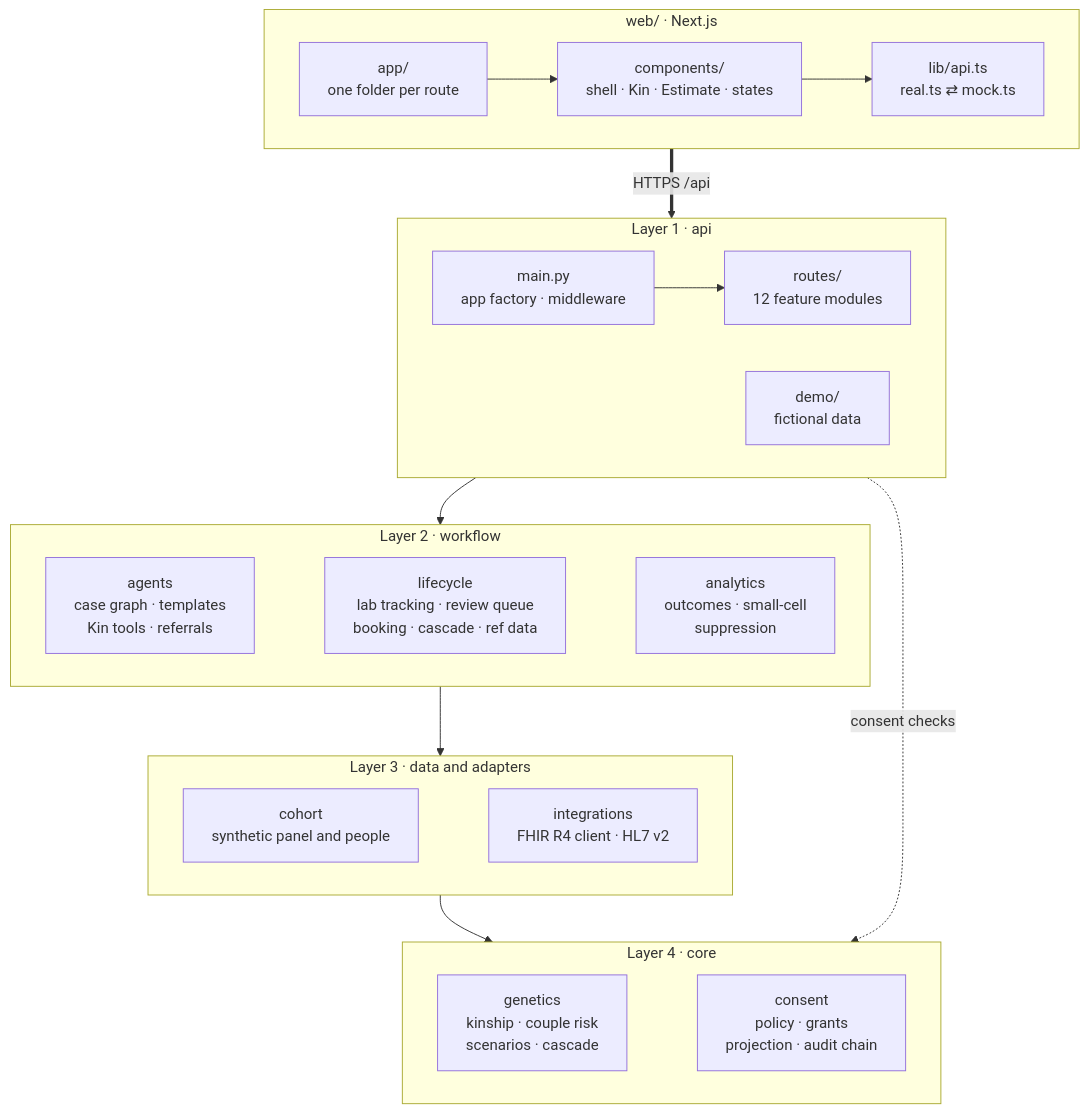
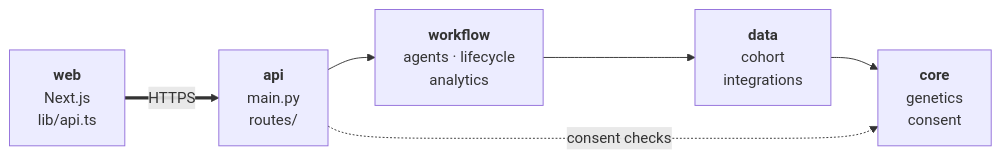
One commit to loktrishal-05/kinsight changed the second of 6 diagrams in README.md. Above: the diagram before and after it, drawn with Mermaid. The commit also changed other lines of this file, not shown here.

Commit message:
README: compact system design, architecture and pipeline diagrams (#138)

````diff
--- a/README.md
+++ b/README.md
@@ -137,29 +122,8 @@
 ```mermaid
-flowchart TB
-    subgraph WEB["web/ · Next.js"]
-        direction LR
-        PAGES["app/<br/>one folder per route"] --> COMP["components/<br/>shell · Kin · Estimate · states"] --> LIB["lib/api.ts<br/>real.ts ⇄ mock.ts"]
-    end
-    subgraph L1["Layer 1 · api"]
-        direction LR
-        MAIN["main.py<br/>app factory · middleware"] --> RT["routes/<br/>12 feature modules"]
-        DEMO["demo/<br/>fictional data"]
-    end
-    subgraph L2["Layer 2 · workflow"]
-        direction LR
-        AG["agents<br/>case graph · templates<br/>Kin tools · referrals"] ~~~ LC["lifecycle<br/>lab tracking · review queue<br/>booking · cascade · ref data"] ~~~ AN["analytics<br/>outcomes · small-cell<br/>suppression"]
-    end
-    subgraph L3["Layer 3 · data and adapters"]
-        direction LR
-        CO["cohort<br/>synthetic panel and people"] ~~~ IN["integrations<br/>FHIR R4 client · HL7 v2"]
-    end
-    subgraph L4["Layer 4 · core"]
-        direction LR
-        GE["genetics<br/>kinship · couple risk<br/>scenarios · cascade"] ~~~ CN["consent<br/>policy · grants<br/>projection · audit chain"]
-    end
-    WEB ==>|"HTTPS /api"| L1
-    L1 --> L2
-    L2 --> L3
-    L3 --> L4
-    L1 -.->|"consent checks"| L4
+flowchart LR
+    W["<b>web</b><br/>Next.js<br/>lib/api.ts"] ==>|HTTPS| A["<b>api</b><br/>main.py<br/>routes/"]
+    A --> F["<b>workflow</b><br/>agents · lifecycle<br/>analytics"]
+    F --> D["<b>data</b><br/>cohort<br/>integrations"]
+    D --> C["<b>core</b><br/>genetics<br/>consent"]
+    A -.->|consent checks| C
 ```
````
